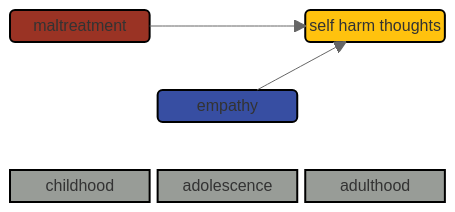
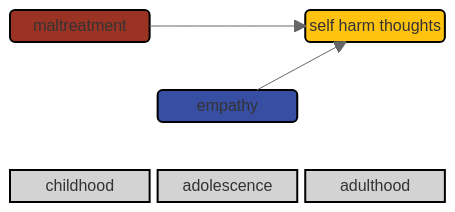
Before and after one commit to agrogan1/closeread: the diagram in empathy/README.md, drawn with Mermaid (neutral theme).

````diff
--- a/empathy/README.md
+++ b/empathy/README.md
@@ -12,26 +12,26 @@
 ```mermaid
 block
   columns 3
   m space sh
   space space space
   space e space
   space space space
   childhood adolescence adulthood
 
   m("maltreatment") --> sh("self harm thoughts")
 
   e("empathy") --> sh
 
   style m fill:#9A3324,stroke:#000000,stroke-width:2px,color:#FFFFFF;
 
   style e fill:#374EA2,stroke:#000000,stroke-width:2px,color:#FFFFFF;
 
   style sh fill:#FFC20E,stroke:#000000,stroke-width:2px,color:#000000;
 
-  style childhood fill:#989C97,stroke:#000000,stroke-width:2px,color:#000000;
+  style childhood fill:#D3D3D3,stroke:#000000,stroke-width:2px,color:#000000;
 
-  style adolescence fill:#989C97,stroke:#000000,stroke-width:2px,color:#000000;
+  style adolescence fill:#D3D3D3,stroke:#000000,stroke-width:2px,color:#000000;
 
-  style adulthood fill:#989C97,stroke:#000000,stroke-width:2px,color:#000000;
+  style adulthood fill:#D3D3D3,stroke:#000000,stroke-width:2px,color:#000000;
 
 ```
````
